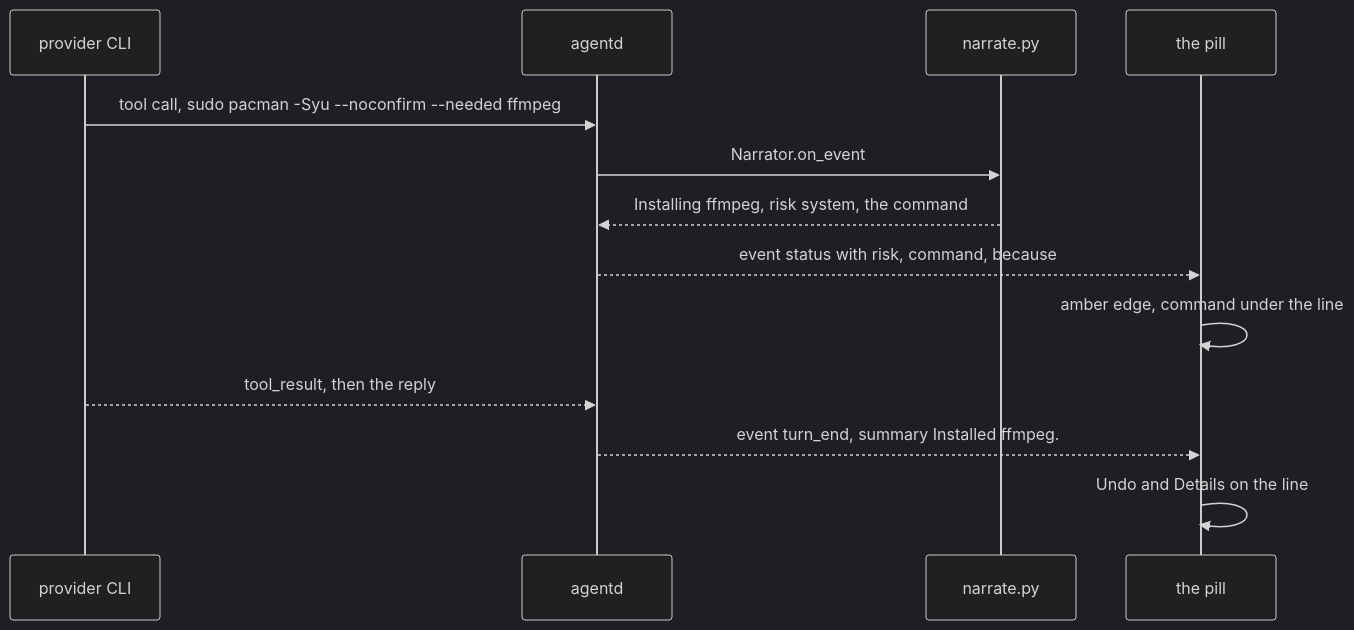
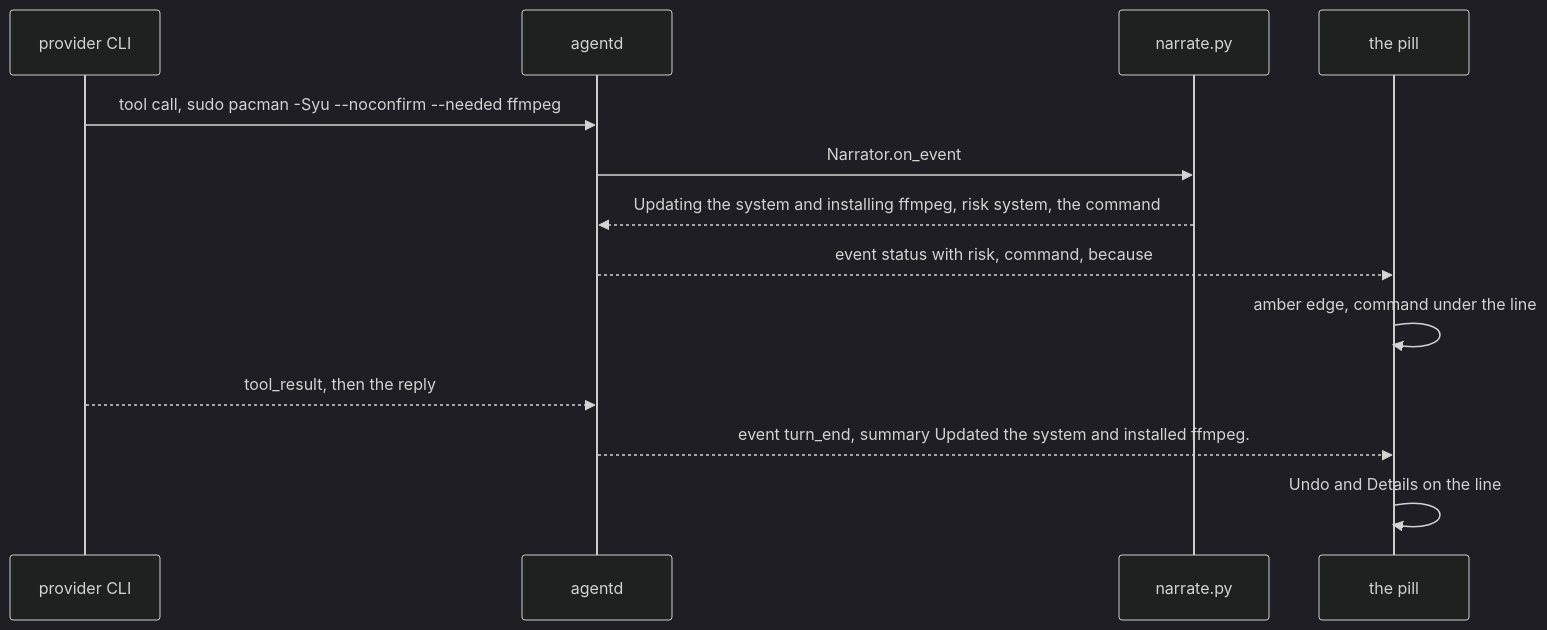
Before and after one commit to thedefaultman/Bombadil: the fourth of 16 diagrams in docs/ux/flows.md, drawn with Mermaid (dark theme). The commit also changed other lines of this file and 31 other files, not shown here.

````diff
--- a/docs/ux/flows.md
+++ b/docs/ux/flows.md
@@ -169,15 +173,15 @@
 ```mermaid
 sequenceDiagram
     participant C as provider CLI
     participant A as agentd
     participant N as narrate.py
     participant P as the pill
     C->>A: tool call, sudo pacman -Syu --noconfirm --needed ffmpeg
     A->>N: Narrator.on_event
-    N-->>A: Installing ffmpeg, risk system, the command
+    N-->>A: Updating the system and installing ffmpeg, risk system, the command
     A-->>P: event status with risk, command, because
     P->>P: amber edge, command under the line
     C-->>A: tool_result, then the reply
-    A-->>P: event turn_end, summary Installed ffmpeg.
+    A-->>P: event turn_end, summary Updated the system and installed ffmpeg.
     P->>P: Undo and Details on the line
 ```
````
